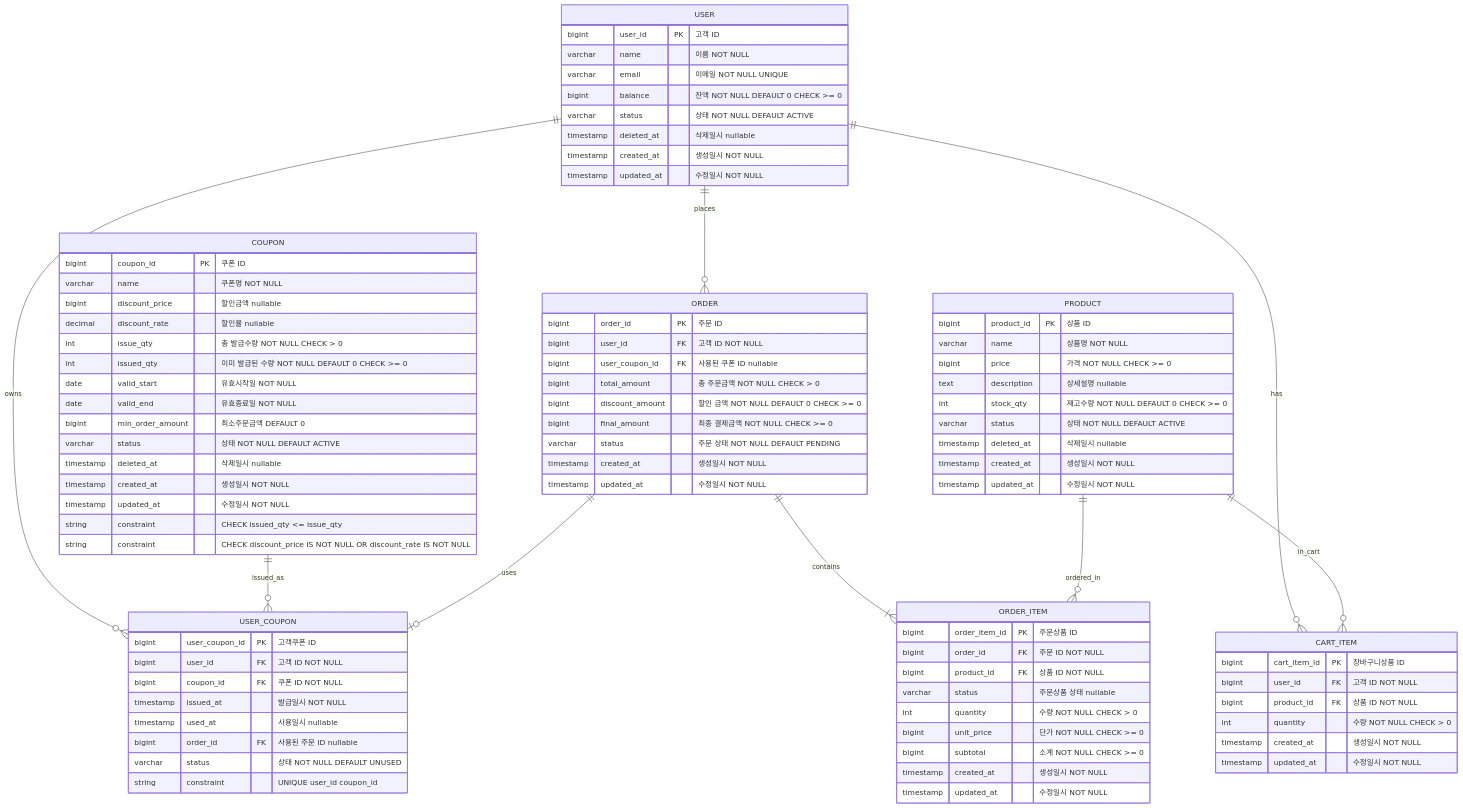
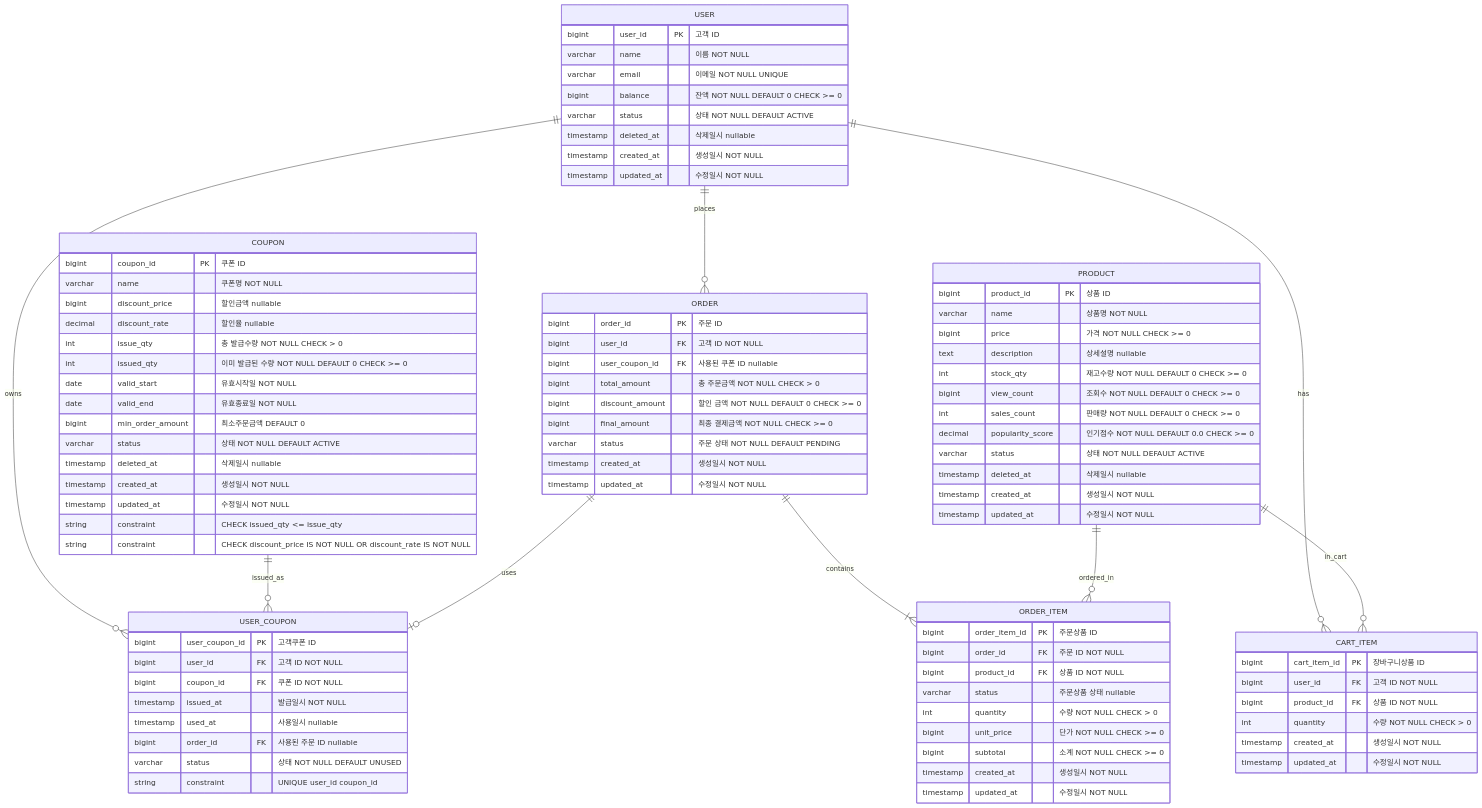
One commit to crocusia/e-commerce_hanghae99 changed the diagram in docs/api/database-schema.md. Above: the diagram before and after it, drawn with Mermaid. The commit also changed other lines of this file and 1 other file, not shown here.

```diff
--- a/docs/api/database-schema.md
+++ b/docs/api/database-schema.md
@@ -83,6 +83,9 @@
 		bigint price "가격 NOT NULL CHECK >= 0"  
 		text description "상세설명 nullable"  
 		int stock_qty "재고수량 NOT NULL DEFAULT 0 CHECK >= 0"  
+		bigint view_count "조회수 NOT NULL DEFAULT 0 CHECK >= 0"
+        int sales_count "판매량 NOT NULL DEFAULT 0 CHECK >= 0"
+        decimal popularity_score "인기점수 NOT NULL DEFAULT 0.0 CHECK >= 0"
 		varchar status "상태 NOT NULL DEFAULT ACTIVE"
 		timestamp deleted_at "삭제일시 nullable"
 		timestamp created_at "생성일시 NOT NULL"  
```
